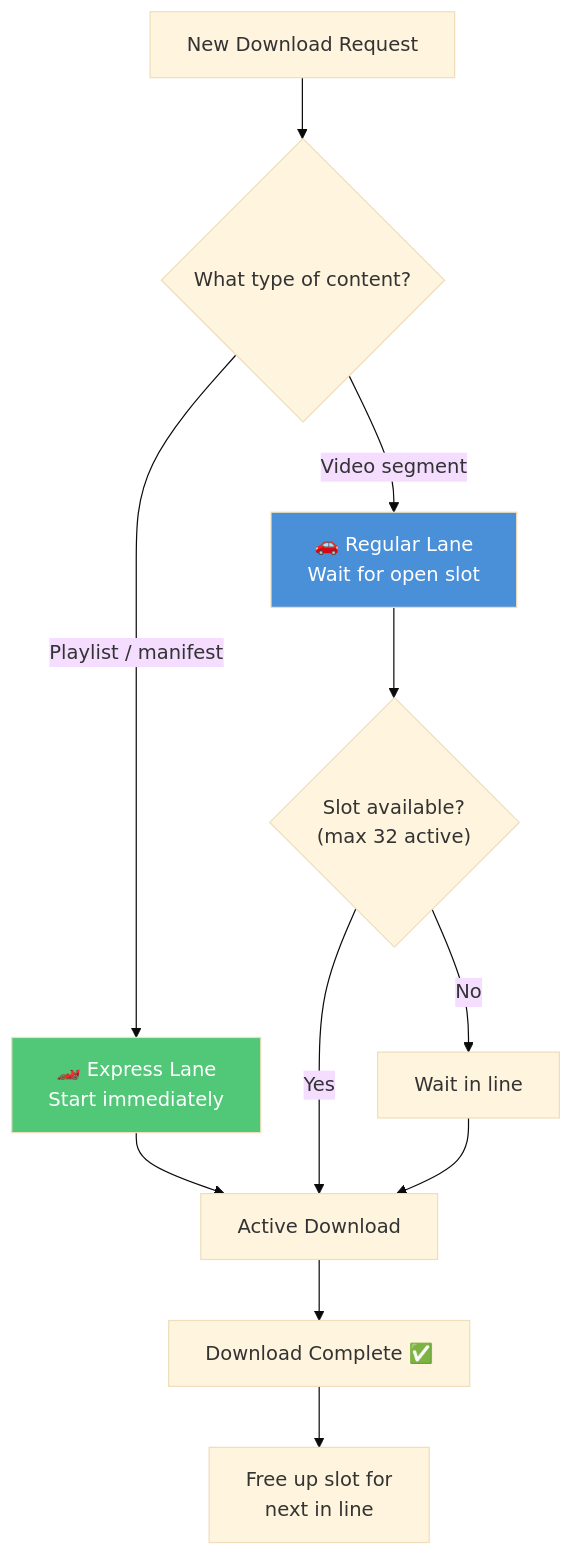
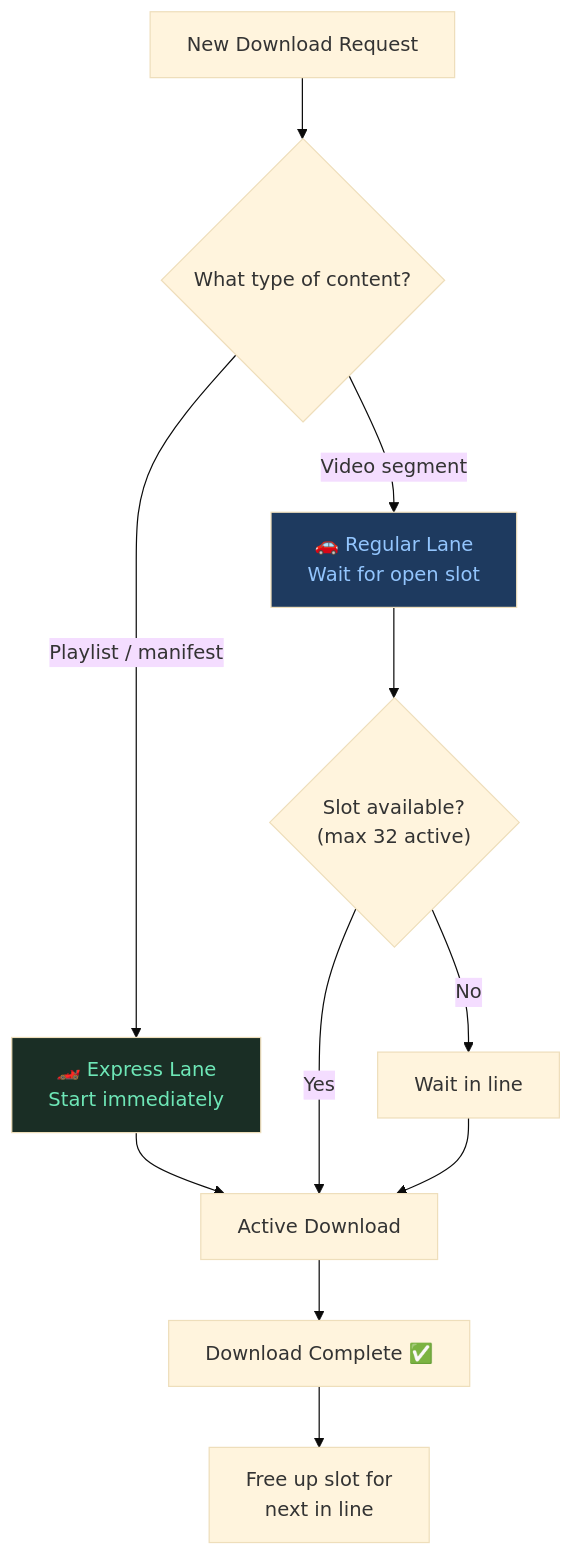
Before and after one commit to Monisankarnath/monisankarnath-portfolio: the sixth of 6 diagrams in src/content/blog/expo-video-offline-caching.md, drawn with Mermaid (base theme). The commit also changed other lines of this file and 19 other files, not shown here.

Commit message:
chore: mermaid build and listing revamp

````diff
--- a/src/content/blog/expo-video-offline-caching.md
+++ b/src/content/blog/expo-video-offline-caching.md
@@ -253,19 +254,19 @@
 ```mermaid
 flowchart TD
     Request["New Download Request"] --> Detect{"What type of content?"}
 
     Detect -->|"Playlist / manifest"| Fast["🏎️ Express Lane<br/>Start immediately"]
     Detect -->|"Video segment"| Slow["🚗 Regular Lane<br/>Wait for open slot"]
 
     Fast --> Active["Active Download"]
     Slow --> Queue{"Slot available?<br/>(max 32 active)"}
     Queue -->|Yes| Active
     Queue -->|No| Wait["Wait in line"]
     Wait --> Active
 
     Active --> Complete["Download Complete ✅"]
-    Complete --> FreeSlot["Free up slot for\nnext in line"]
+    Complete --> FreeSlot["Free up slot for<br/>next in line"]
 
-    style Fast fill:#50C878,color:#fff
-    style Slow fill:#4A90D9,color:#fff
+    style Fast fill:#1a2e25,color:#6ee7b7
+    style Slow fill:#1e3a5f,color:#93c5fd
 ```
````
